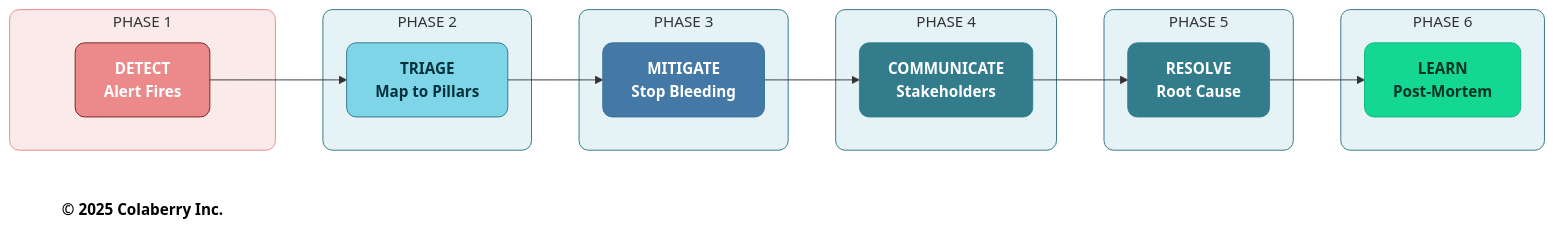
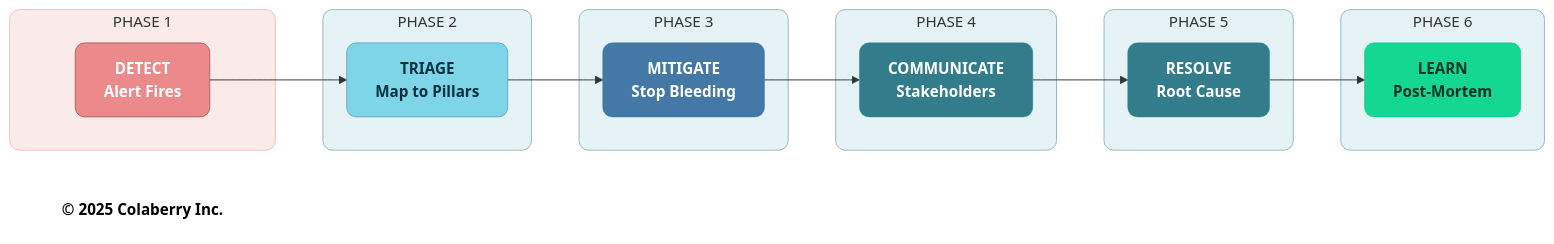
One commit to saitejesh-cyber/trust-before-intelligence-book changed the fourth of 6 diagrams in manuscript/13_chapter_12_running_agents_at_scale_v1_2.md. Above: the diagram before and after it, drawn with Mermaid. The commit also changed other lines of this file and 12 other files, not shown here.

Commit message:
Update stroke width to 0.5px instead of 1px to all the diagrams

````diff
--- a/manuscript/13_chapter_12_running_agents_at_scale_v1_2.md
+++ b/manuscript/13_chapter_12_running_agents_at_scale_v1_2.md
@@ -735,44 +735,44 @@
 ```mermaid
 graph LR
     subgraph P1["PHASE 1"]
         D["<b>DETECT</b><br/><b>Alert Fires</b>"]
     end
     
     subgraph P2["PHASE 2"]
         T["<b>TRIAGE</b><br/><b>Map to Pillars</b>"]
     end
     
     subgraph P3["PHASE 3"]
         M["<b>MITIGATE</b><br/><b>Stop Bleeding</b>"]
     end
     
     subgraph P4["PHASE 4"]
         C["<b>COMMUNICATE</b><br/><b>Stakeholders</b>"]
     end
     
     subgraph P5["PHASE 5"]
         R["<b>RESOLVE</b><br/><b>Root Cause</b>"]
     end
     
     subgraph P6["PHASE 6"]
         L["<b>LEARN</b><br/><b>Post-Mortem</b>"]
     end
     
     D --> T --> M --> C --> R --> L
     
     Copyright["<b>© 2025 Colaberry Inc.</b>"]
     
-    style P1 fill:#FBEAEA,stroke:#EB898B,stroke-width:1px,rx:10,ry:10
-    style P2 fill:#E6F3F6,stroke:#32738C,stroke-width:1px,rx:10,ry:10
-    style P3 fill:#E6F3F6,stroke:#32738C,stroke-width:1px,rx:10,ry:10
-    style P4 fill:#E6F3F6,stroke:#32738C,stroke-width:1px,rx:10,ry:10
-    style P5 fill:#E6F3F6,stroke:#32738C,stroke-width:1px,rx:10,ry:10
-    style P6 fill:#E6F3F6,stroke:#32738C,stroke-width:1px,rx:10,ry:10
-    style D fill:#EB898B,stroke:#7A1F22,stroke-width:1px,color:#ffffff,rx:10,ry:10
-    style T fill:#7FD5E8,stroke:#32738C,stroke-width:1px,color:#00323D,rx:10,ry:10
-    style M fill:#4478A6,stroke:#32738C,stroke-width:1px,color:#ffffff,rx:10,ry:10
-    style C fill:#327C8C,stroke:#30838C,stroke-width:1px,color:#ffffff,rx:10,ry:10
-    style R fill:#327C8C,stroke:#30838C,stroke-width:1px,color:#ffffff,rx:10,ry:10
-    style L fill:#14D793,stroke:#0FB67D,stroke-width:1px,color:#003322,rx:10,ry:10
+    style P1 fill:#FBEAEA,stroke:#EB898B,stroke-width:0.5px,rx:10,ry:10
+    style P2 fill:#E6F3F6,stroke:#32738C,stroke-width:0.5px,rx:10,ry:10
+    style P3 fill:#E6F3F6,stroke:#32738C,stroke-width:0.5px,rx:10,ry:10
+    style P4 fill:#E6F3F6,stroke:#32738C,stroke-width:0.5px,rx:10,ry:10
+    style P5 fill:#E6F3F6,stroke:#32738C,stroke-width:0.5px,rx:10,ry:10
+    style P6 fill:#E6F3F6,stroke:#32738C,stroke-width:0.5px,rx:10,ry:10
+    style D fill:#EB898B,stroke:#7A1F22,stroke-width:0.5px,color:#ffffff,rx:10,ry:10
+    style T fill:#7FD5E8,stroke:#32738C,stroke-width:0.5px,color:#00323D,rx:10,ry:10
+    style M fill:#4478A6,stroke:#32738C,stroke-width:0.5px,color:#ffffff,rx:10,ry:10
+    style C fill:#327C8C,stroke:#30838C,stroke-width:0.5px,color:#ffffff,rx:10,ry:10
+    style R fill:#327C8C,stroke:#30838C,stroke-width:0.5px,color:#ffffff,rx:10,ry:10
+    style L fill:#14D793,stroke:#0FB67D,stroke-width:0.5px,color:#003322,rx:10,ry:10
     style Copyright fill:none,stroke:none,color:#000000
 ```
````
